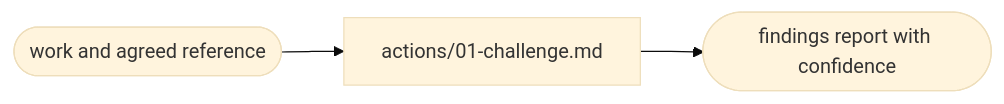
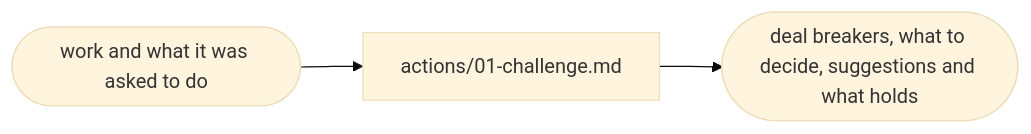
One commit to ai-driven-dev/framework changed the diagram in plugins/aidd-refine/skills/02-challenge/SKILL.md. Above: the diagram before and after it, drawn with Mermaid (base theme). The commit also changed other lines of this file and 8 other files, not shown here.

First line of the commit message:
feat(aidd-refine): challenge without a confidence score

````diff
--- a/plugins/aidd-refine/skills/02-challenge/SKILL.md
+++ b/plugins/aidd-refine/skills/02-challenge/SKILL.md
@@ -9,5 +9,5 @@
 ```mermaid
 flowchart LR
-  work([work and agreed reference]) --> challenge["actions/01-challenge.md"]
-  challenge --> report([findings report with confidence])
+  work([work and what it was asked to do]) --> challenge["actions/01-challenge.md"]
+  challenge --> report([deal breakers, what to decide, suggestions and what holds])
 ```
````
